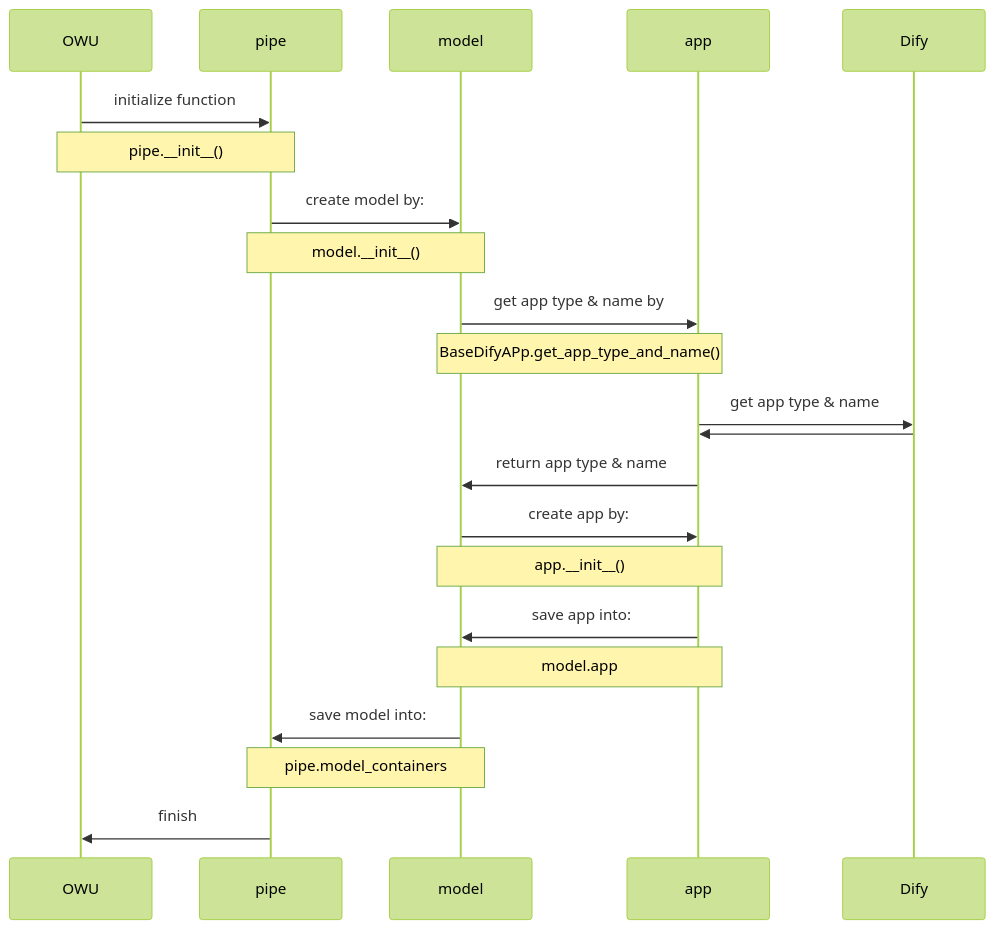
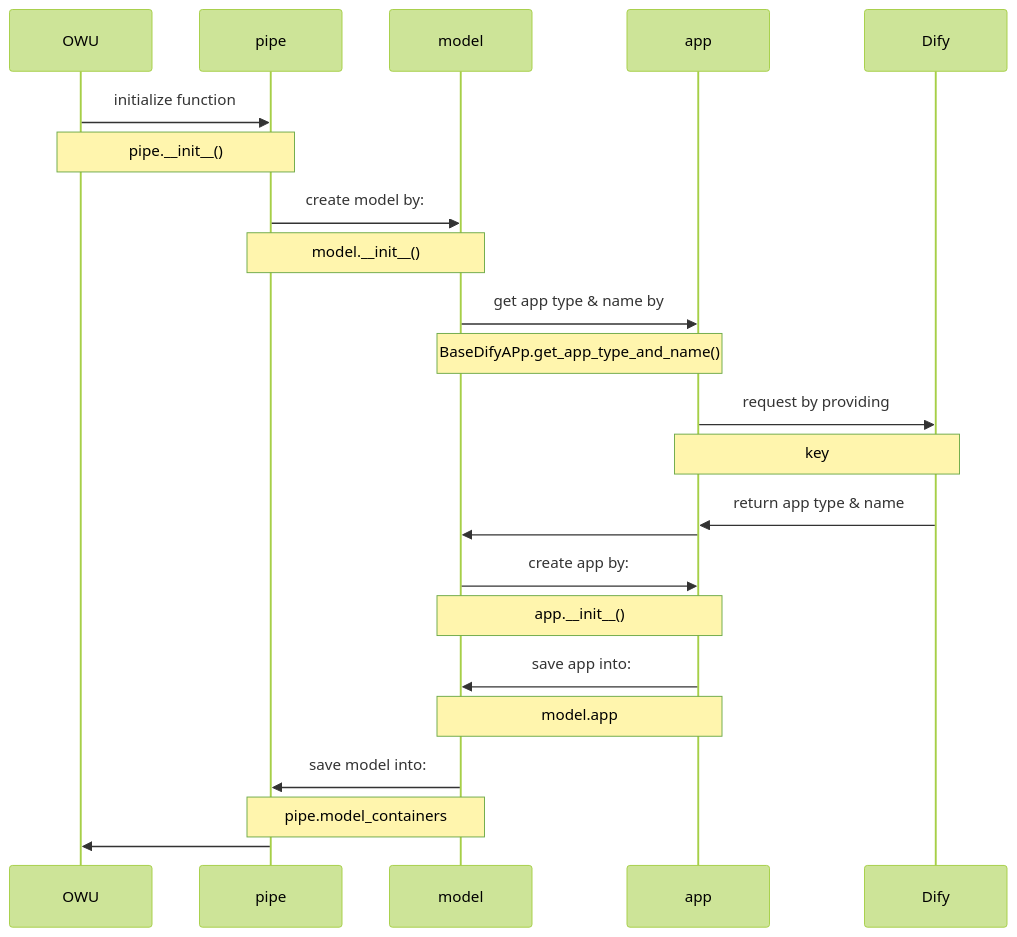
One commit to kami-lel/dify-open-webui-adapter changed the second of 3 diagrams in README.md. Above: the diagram before and after it, drawn with Mermaid (forest theme).

Commit message:
Update sequence diagram for app type & name retrieval process
~`README.md`

````diff
--- a/README.md
+++ b/README.md
@@ -145,27 +145,28 @@
 ```mermaid
 sequenceDiagram
     OWU->>pipe: initialize function
     note over OWU,pipe: pipe.__init__()
 
     pipe->>model: create model by:
     note over pipe,model: model.__init__()
 
     model->>app: get app type & name by
     note over model,app: BaseDifyAPp.get_app_type_and_name()
 
-    app->>Dify: get app type & name
-    Dify->>app:
+    app->>Dify: request by providing
+    note over app,Dify: key
+    Dify->>app: return app type & name
 
-    app->>model: return app type & name
+    app->>model:
 
     model->>app: create app by:
     note over model,app: app.__init__()
 
     app->>model: save app into:
     note over app,model: model.app
 
     model->>pipe: save model into:
     note over pipe,model: pipe.model_containers
 
-    pipe->>OWU:finish
+    pipe->>OWU:
 ```
````
